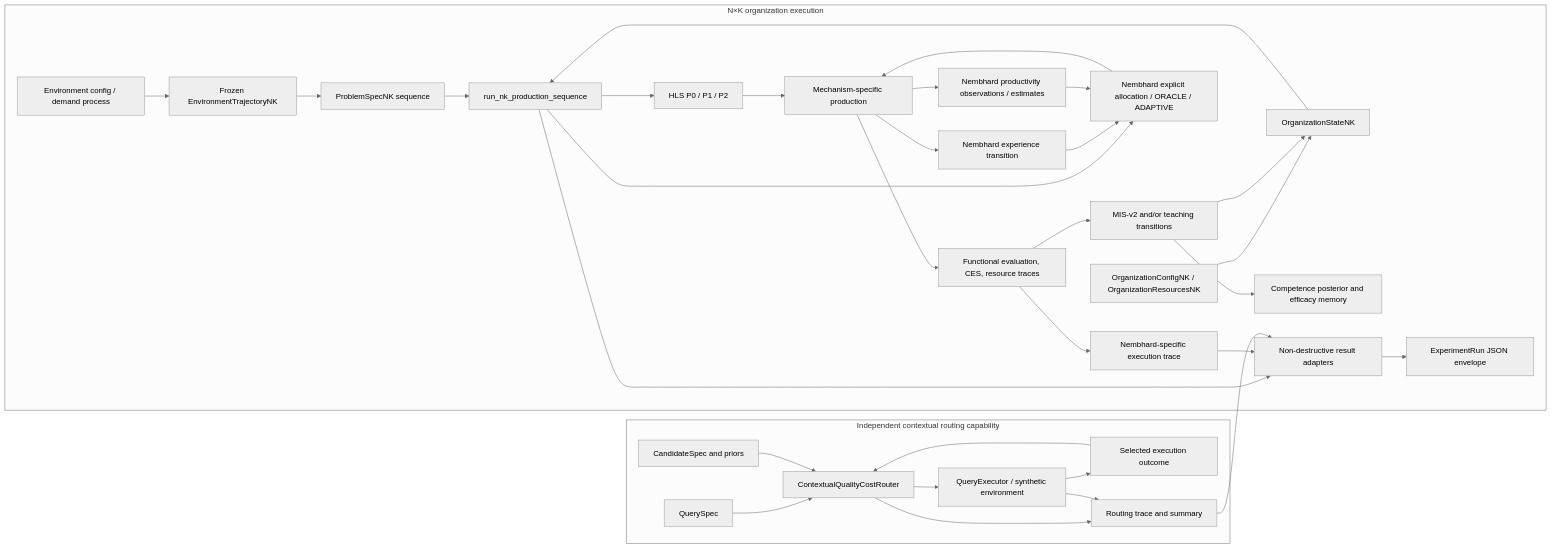
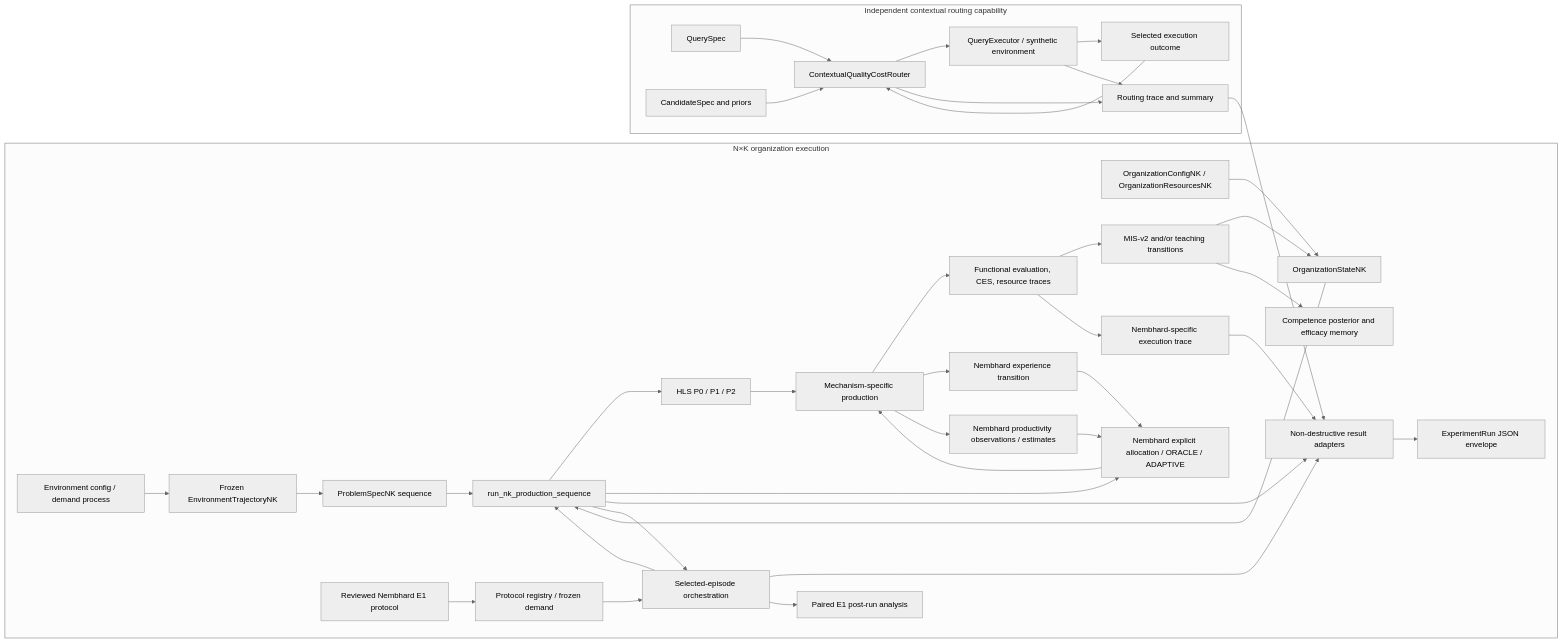
The diagram in docs/engineering/HLS_LAB_ARCHITECTURE_2026-10-17.md (franjgs/heterogeneous_learning_systems), drawn with Mermaid (neutral theme) before and after one commit. The commit also changed other lines of this file and 8 other files, not shown here.

Commit message:
feat(hls): implement Nembhard campaign runner and analysis

````diff
--- a/docs/engineering/HLS_LAB_ARCHITECTURE_2026-10-17.md
+++ b/docs/engineering/HLS_LAB_ARCHITECTURE_2026-10-17.md
@@ -26,49 +26,56 @@
 ```mermaid
 flowchart LR
   subgraph NK[ N×K organization execution ]
     EC[Environment config / demand process]
     ET[Frozen EnvironmentTrajectoryNK]
     PS[ProblemSpecNK sequence]
     OC[OrganizationConfigNK / OrganizationResourcesNK]
     OS[OrganizationStateNK]
     RUN[run_nk_production_sequence]
     POL[HLS P0 / P1 / P2]
     NEM[Nembhard explicit allocation / ORACLE / ADAPTIVE]
     PROD[Mechanism-specific production]
     TRANS[MIS-v2 and/or teaching transitions]
     EST[Competence posterior and efficacy memory]
     NEXP[Nembhard experience transition]
     NEST[Nembhard productivity observations / estimates]
     EVAL[Functional evaluation, CES, resource traces]
     NTRACE[Nembhard-specific execution trace]
     ADAPT[Non-destructive result adapters]
     COMMON[ExperimentRun JSON envelope]
+    E1[Reviewed Nembhard E1 protocol]
+    E1PREP[Protocol registry / frozen demand]
+    E1RUN[Selected-episode orchestration]
+    E1AN[Paired E1 post-run analysis]
     EC --> ET --> PS --> RUN
     OC --> OS --> RUN
     RUN --> POL --> PROD
     RUN --> NEM --> PROD
     PROD --> EVAL
     EVAL --> TRANS --> OS
     TRANS --> EST
     PROD --> NEXP --> NEM
     PROD --> NEST --> NEM
     EVAL --> NTRACE
     RUN --> ADAPT --> COMMON
     NTRACE --> ADAPT
+    E1 --> E1PREP --> E1RUN --> RUN
+    RUN --> E1RUN --> ADAPT
+    E1RUN --> E1AN
   end
 
   subgraph CTX[ Independent contextual routing capability ]
     Q[QuerySpec]
     C[CandidateSpec and priors]
     CR[ContextualQualityCostRouter]
     EX[QueryExecutor / synthetic environment]
     OUT[Selected execution outcome]
     TR[Routing trace and summary]
     Q --> CR
     C --> CR
     CR --> EX --> OUT --> CR
     CR --> TR
     EX --> TR
     TR --> ADAPT
   end
 ```
````
